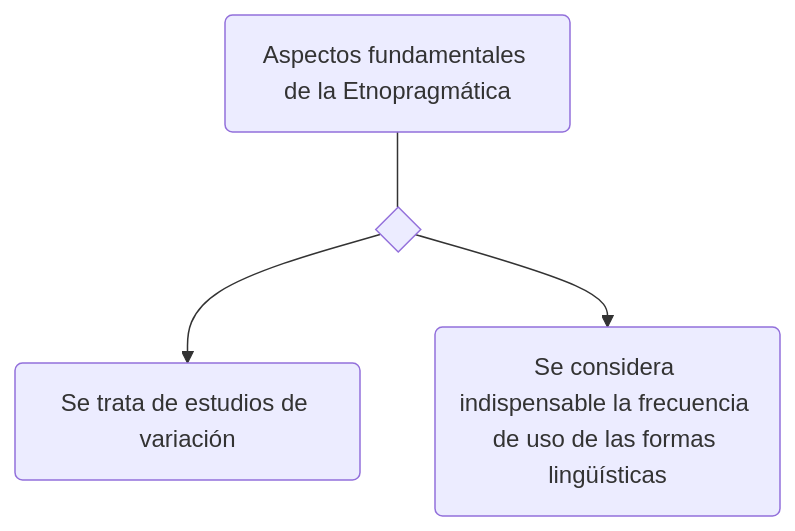
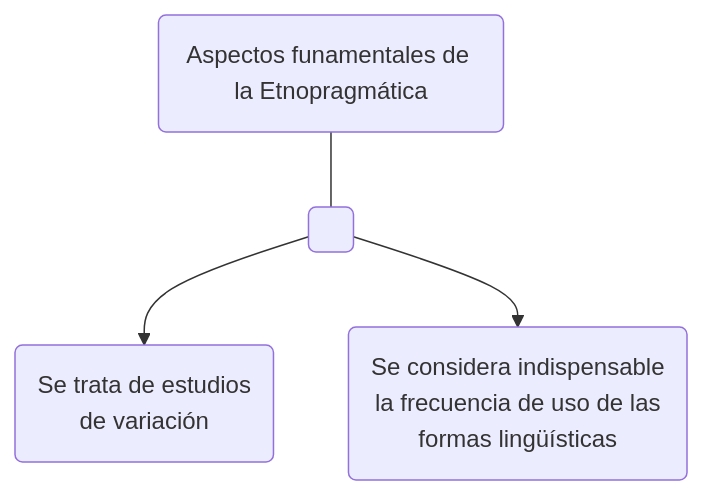
One commit to matiasthomas/matiasthomas.github.io changed the second of 3 diagrams in content/Apuntes/Lingüística/Resúmenes de clases teóricas (2021).md. Above: the diagram before and after it, drawn with Mermaid. The commit also changed other lines of this file and 56 other files, not shown here.

````diff
--- a/content/Apuntes/Lingüística/Resúmenes de clases teóricas (2021).md
+++ b/content/Apuntes/Lingüística/Resúmenes de clases teóricas (2021).md
@@ -68,5 +68,8 @@
 ``` mermaid
 flowchart TB
-	A(Aspectos fundamentales de la Etnopragmática)
-	A --- E{ } -->B("Se trata de estudios de variación") & C("Se considera indispensable la frecuencia de uso de las formas lingüísticas")
+	A(Aspectos funamentales de la Etnopragmática)
+	A --- E( ) -->B("Se trata de estudios
+	de variación") & C("Se considera indispensable
+	la frecuencia de uso de las 
+	formas lingüísticas")
 ```
````
